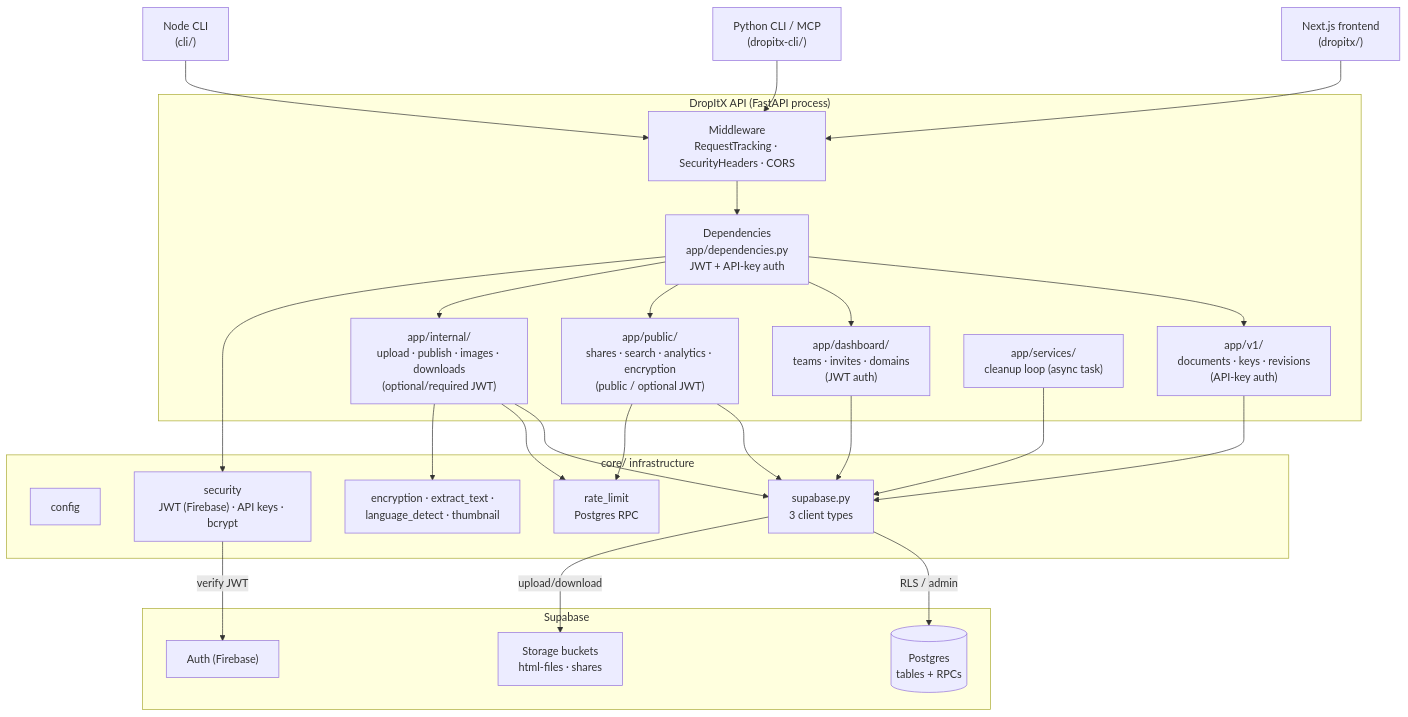
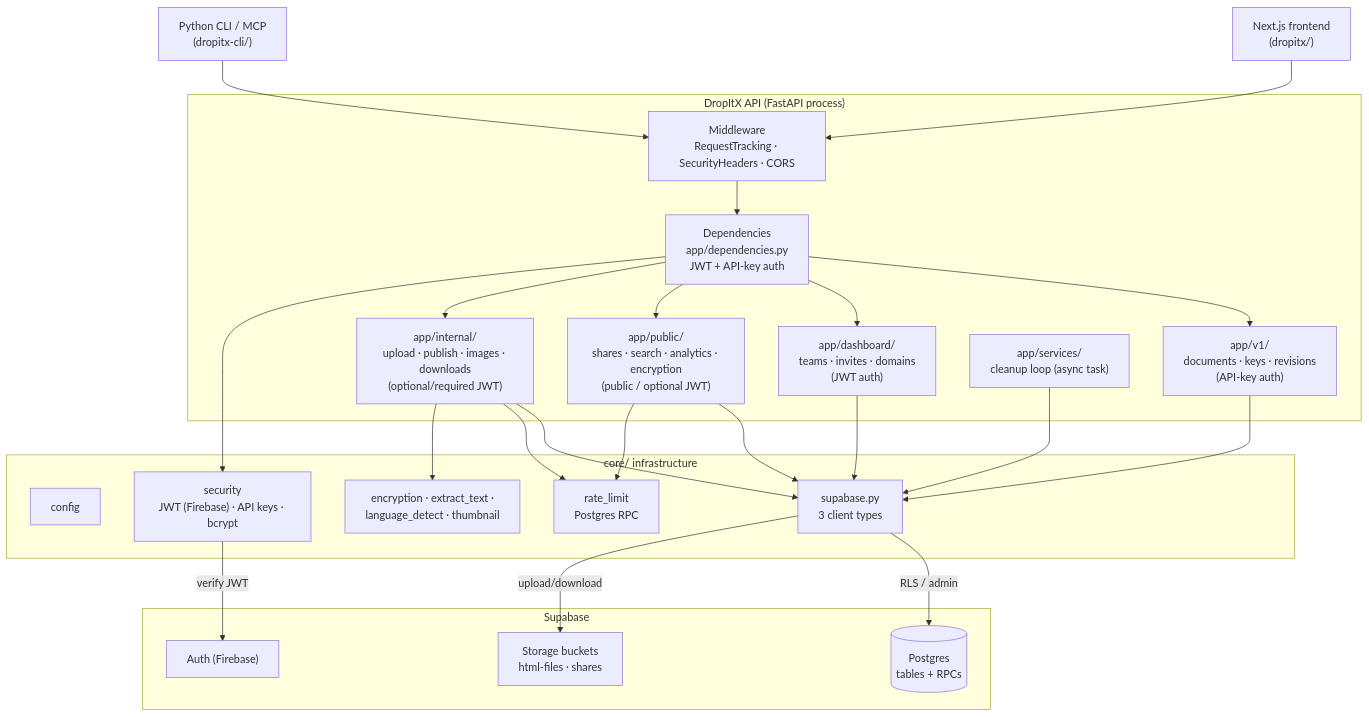
Before and after one commit to dropitx-io/dropitx-api: the diagram in docs/ARCHITECTURE.md, drawn with Mermaid. The commit also changed other lines of this file and 48 other files, not shown here.

First line of the commit message:
chore: retire the Render deployment, Vercel leftovers and the duplicate Node CLI (#24)

````diff
--- a/docs/ARCHITECTURE.md
+++ b/docs/ARCHITECTURE.md
@@ -14,42 +14,41 @@
 ```mermaid
 graph TD
     FE["Next.js frontend<br/>(dropitx/)"]
     PYCLI["Python CLI / MCP<br/>(dropitx-cli/)"]
-    NCLI["Node CLI<br/>(cli/)"]
 
     subgraph API["DropItX API (FastAPI process)"]
         MW["Middleware<br/>RequestTracking · SecurityHeaders · CORS"]
         DEP["Dependencies<br/>app/dependencies.py<br/>JWT + API-key auth"]
         V1["app/v1/<br/>documents · keys · revisions<br/>(API-key auth)"]
         DASH["app/dashboard/<br/>teams · invites · domains<br/>(JWT auth)"]
         PUB["app/public/<br/>shares · search · analytics · encryption<br/>(public / optional JWT)"]
         INT["app/internal/<br/>upload · publish · images · downloads<br/>(optional/required JWT)"]
         SVC["app/services/<br/>cleanup loop (async task)"]
     end
 
     subgraph CORE["core/ infrastructure"]
         CFG["config"]
         SB["supabase.py<br/>3 client types"]
         SEC["security<br/>JWT (Firebase) · API keys · bcrypt"]
         RL["rate_limit<br/>Postgres RPC"]
         ENC["encryption · extract_text ·<br/>language_detect · thumbnail"]
     end
 
     subgraph SUPA["Supabase"]
         AUTH["Auth (Firebase)"]
         DB[("Postgres<br/>tables + RPCs")]
         ST["Storage buckets<br/>html-files · shares"]
     end
 
-    FE & PYCLI & NCLI --> MW
+    FE & PYCLI --> MW
     MW --> DEP
     DEP --> V1 & DASH & PUB & INT
     V1 & DASH & PUB & INT --> SB
     SVC --> SB
     DEP --> SEC
     PUB & INT --> RL
     INT --> ENC
     SEC -->|verify JWT| AUTH
     SB -->|RLS / admin| DB
     SB -->|upload/download| ST
 ```
````
